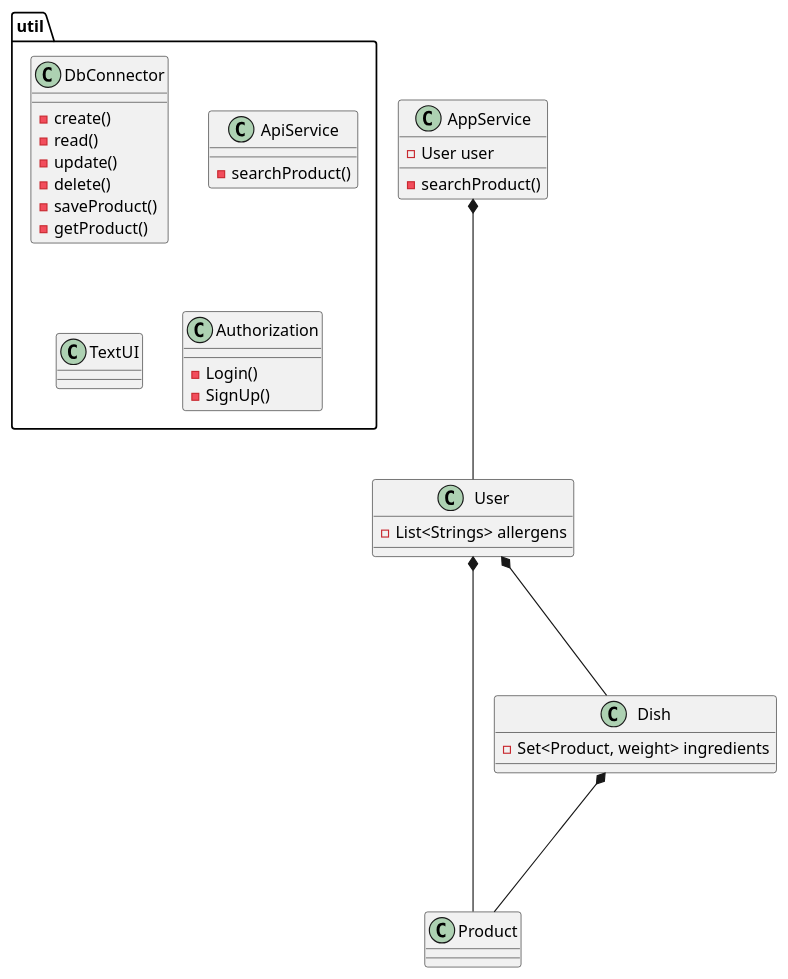
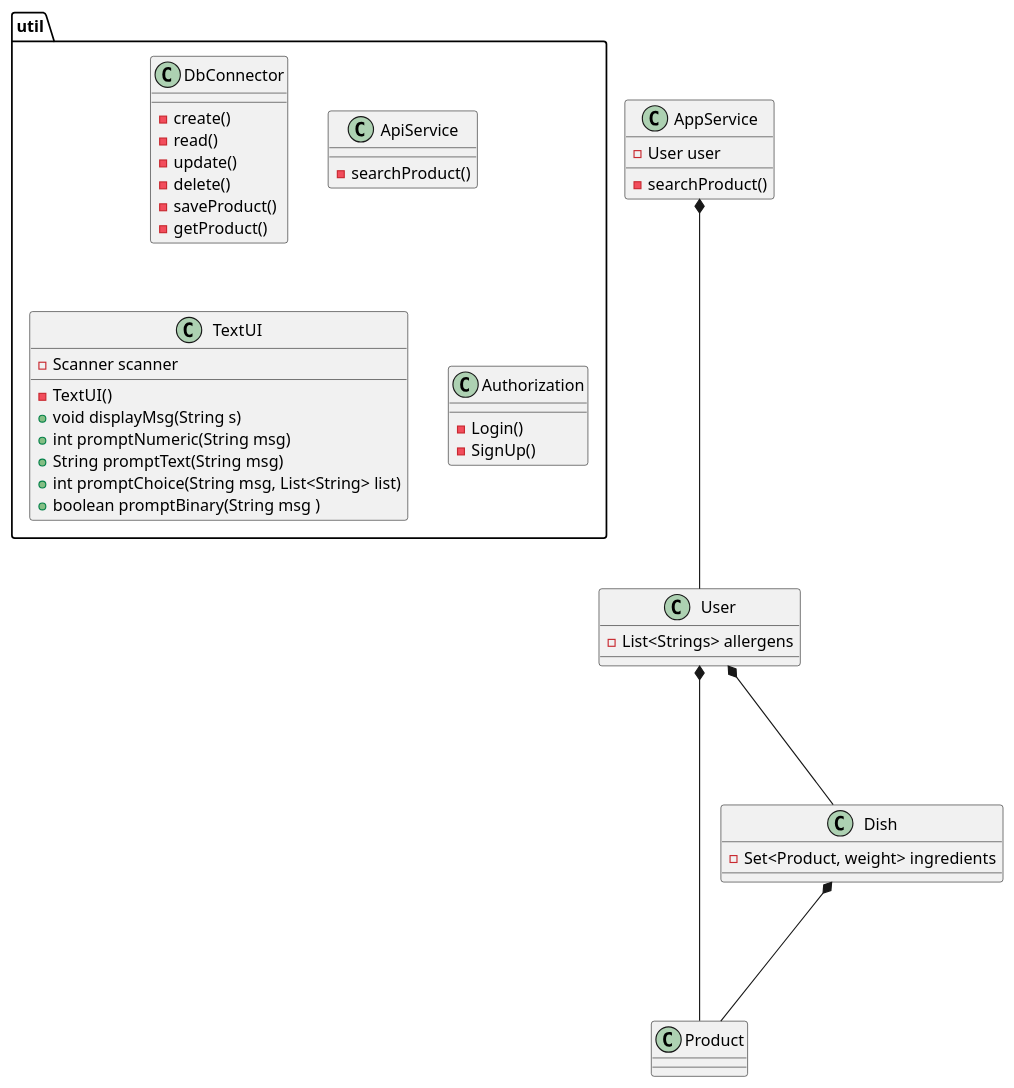
One commit to Team-a-A-e2024/ICE changed the diagram in docs/classDiagram.puml. Above: the diagram before and after it, drawn with PlantUML.

Commit message:
updated class diagram to include TextUI as current

```diff
--- a/docs/classDiagram.puml
+++ b/docs/classDiagram.puml
@@ -1,42 +1,49 @@
 @startuml
 
 class AppService {
     - User user
     - searchProduct()
 }
 
 class User {
     - List<Strings> allergens
 }
 class Product {
 }
 class Dish {
     - Set<Product, weight> ingredients
 }
 
 package "util" {
     class DbConnector {
         - create()
         - read()
         - update()
         - delete()
         - saveProduct()
         - getProduct()
     }
     class ApiService {
         - searchProduct()
     }
     class TextUI {
-    }
+        - TextUI()
+        - Scanner scanner
+        + void displayMsg(String s)
+        + int promptNumeric(String msg)
+        + String promptText(String msg)
+        + int promptChoice(String msg, List<String> list)
+        + boolean promptBinary(String msg )
+        }
     class Authorization {
         - Login()
         - SignUp()
     }
 }
 
 AppService *--- User
 User *--- Product
 User *--- Dish
 Dish *--- Product
 
 @enduml
```
